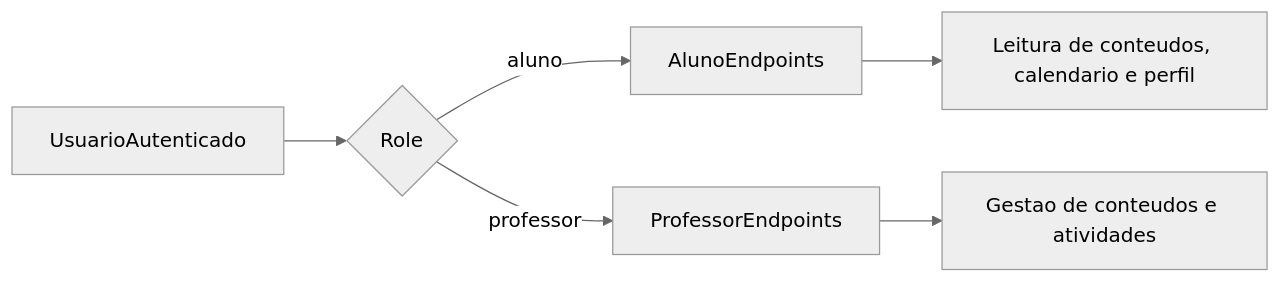
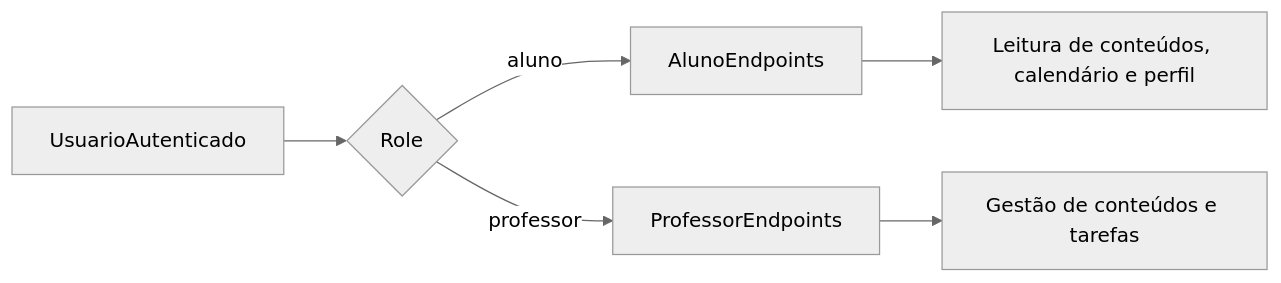
The diagram in docs/api-discovery.md (caiolinsdev/REMA), drawn with Mermaid (neutral theme) before and after one commit. The commit also changed other lines of this file and 43 other files, not shown here.

````diff
--- a/docs/api-discovery.md
+++ b/docs/api-discovery.md
@@ -234,8 +233,8 @@
 ```mermaid
 flowchart LR
   auth[UsuarioAutenticado] --> roleCheck{Role}
   roleCheck -->|aluno| alunoEndpoints[AlunoEndpoints]
   roleCheck -->|professor| professorEndpoints[ProfessorEndpoints]
-  alunoEndpoints --> sharedRead[Leitura de conteudos, calendario e perfil]
-  professorEndpoints --> managementWrite[Gestao de conteudos e atividades]
+  alunoEndpoints --> sharedRead[Leitura de conteúdos, calendário e perfil]
+  professorEndpoints --> managementWrite[Gestão de conteúdos e tarefas]
 ```
````
